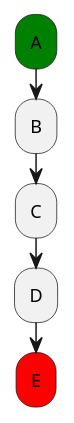
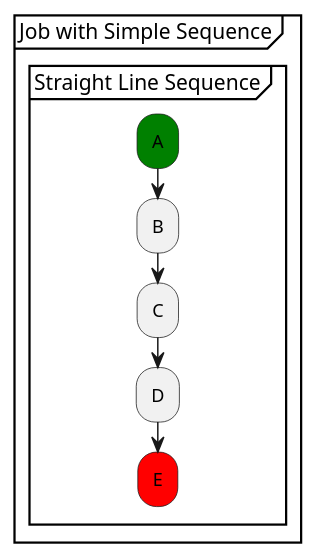
Before and after one commit to xtuml/munin: the diagram in models/SequenceVerificationDataCentric/puml/Tutorial_1.puml, drawn with PlantUML. The commit also changed 21 other files, not shown here.

```diff
--- a/models/SequenceVerificationDataCentric/puml/Tutorial_1.puml
+++ b/models/SequenceVerificationDataCentric/puml/Tutorial_1.puml
@@ -7,7 +7,11 @@
 @startuml 
+partition "Job with Simple Sequence" {
+  group "Straight Line Sequence"
       #green:A;
       :B;
       :C;
       :D;
       #red:E;
+  end group
+}
 @enduml
```
